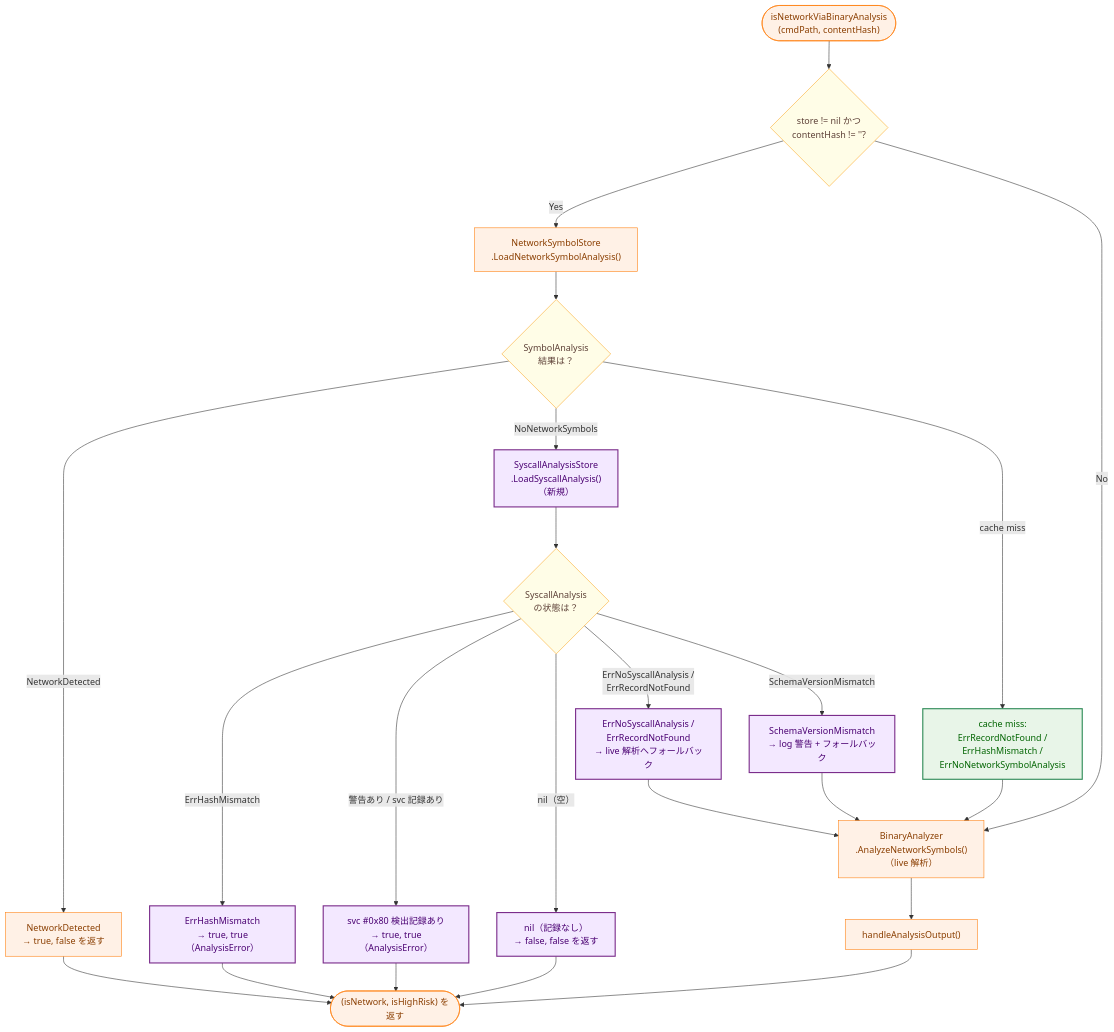
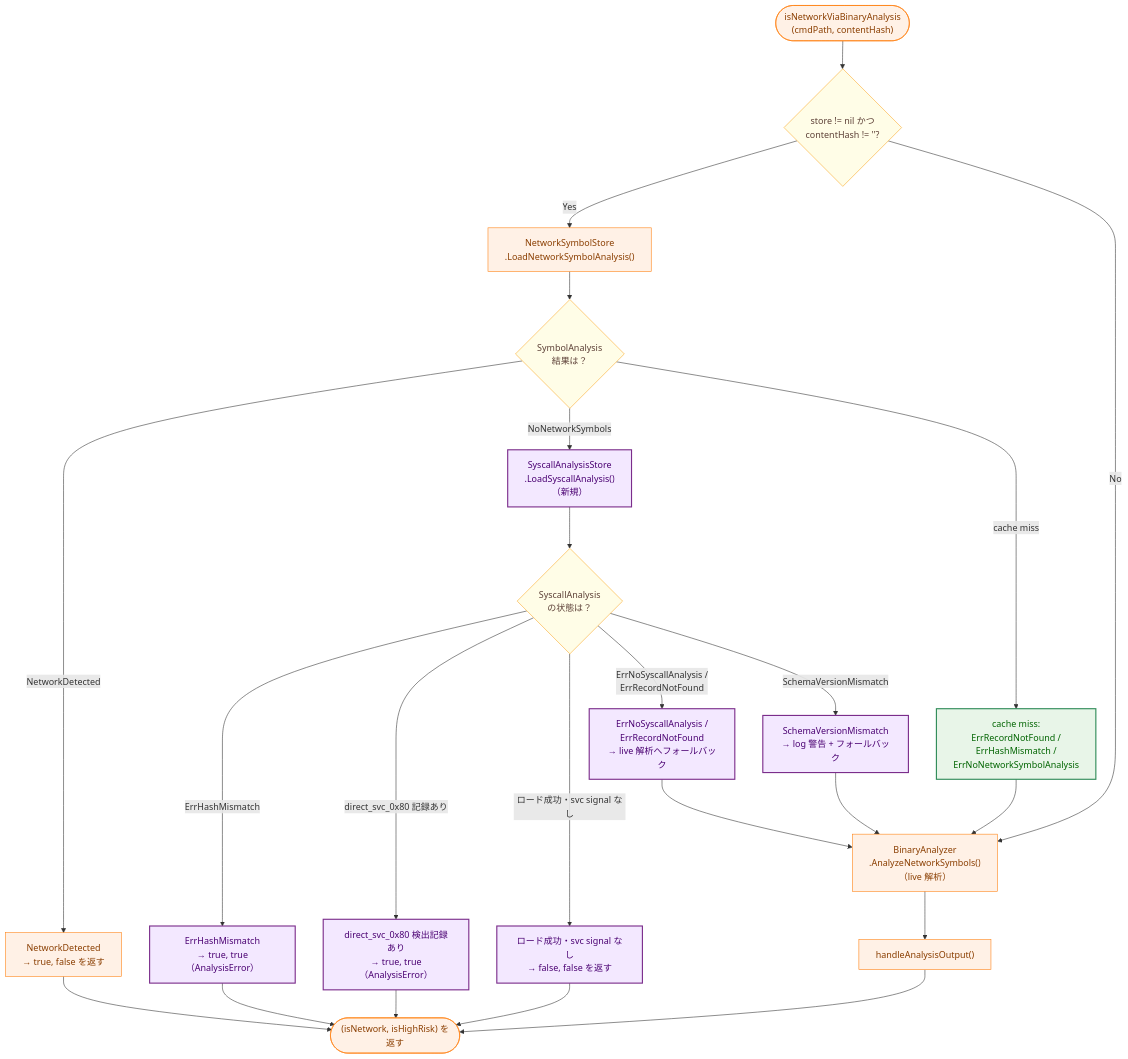
One commit to isseis/go-safe-cmd-runner changed the sixth of 8 diagrams in docs/tasks/0097_macho_arm64_syscall_analysis/02_architecture.md. Above: the diagram before and after it, drawn with Mermaid. The commit also changed other lines of this file and 2 other files, not shown here.

First line of the commit message:
docs(0097): Expand Step 4 to cover full SyscallAnalysisStore injection chain

````diff
--- a/docs/tasks/0097_macho_arm64_syscall_analysis/02_architecture.md
+++ b/docs/tasks/0097_macho_arm64_syscall_analysis/02_architecture.md
@@ -291,55 +291,55 @@
 ```mermaid
 flowchart TD
     classDef data fill:#e6f7ff,stroke:#1f77b4,stroke-width:1px,color:#0b3d91;
     classDef process fill:#fff1e6,stroke:#ff7f0e,stroke-width:1px,color:#8a3e00;
     classDef enhanced fill:#e8f5e8,stroke:#2e8b57,stroke-width:2px,color:#006400;
     classDef new fill:#f3e8ff,stroke:#7b2d8b,stroke-width:2px,color:#4a0072;
     classDef decision fill:#fffde7,stroke:#f9a825,stroke-width:1px,color:#5d4037;
 
     START(["isNetworkViaBinaryAnalysis<br/>(cmdPath, contentHash)"])
     CHECK_STORE{"store != nil かつ<br>contentHash != ''?"}
     LOAD_SYM["NetworkSymbolStore<br>.LoadNetworkSymbolAnalysis()"]
     CHECK_SYM{"SymbolAnalysis<br>結果は？"}
     SYM_NET["NetworkDetected<br>→ true, false を返す"]
     LOAD_SVC["SyscallAnalysisStore<br>.LoadSyscallAnalysis()<br>（新規）"]
     CHECK_SVC_RESULT{"SyscallAnalysis<br>の状態は？"}
     SVC_HASH_ERR["ErrHashMismatch<br>→ true, true（AnalysisError）"]
-    SVC_HIT["svc #0x80 検出記録あり<br>→ true, true（AnalysisError）"]
-    SVC_NIL["nil（記録なし）<br>→ false, false を返す"]
+    SVC_HIT["direct_svc_0x80 検出記録あり<br>→ true, true（AnalysisError）"]
+    SVC_SAFE["ロード成功・svc signal なし<br>→ false, false を返す"]
     SVC_ERR["ErrNoSyscallAnalysis /<br>ErrRecordNotFound<br>→ live 解析へフォールバック"]
     SVC_SCHEMA["SchemaVersionMismatch<br>→ log 警告 + フォールバック"]
     SYM_FALLBACK["cache miss:<br>ErrRecordNotFound /<br>ErrHashMismatch /<br>ErrNoNetworkSymbolAnalysis"]
     FALLBACK["BinaryAnalyzer<br>.AnalyzeNetworkSymbols()<br>（live 解析）"]
     HANDLE["handleAnalysisOutput()"]
     RETURN(["(isNetwork, isHighRisk) を返す"])
 
     START --> CHECK_STORE
     CHECK_STORE -->|"Yes"| LOAD_SYM
     CHECK_STORE -->|"No"| FALLBACK
     LOAD_SYM --> CHECK_SYM
     CHECK_SYM -->|"NetworkDetected"| SYM_NET
     CHECK_SYM -->|"NoNetworkSymbols"| LOAD_SVC
     CHECK_SYM -->|"cache miss"| SYM_FALLBACK
     LOAD_SVC --> CHECK_SVC_RESULT
     CHECK_SVC_RESULT -->|"ErrHashMismatch"| SVC_HASH_ERR
-    CHECK_SVC_RESULT -->|"警告あり / svc 記録あり"| SVC_HIT
-    CHECK_SVC_RESULT -->|"nil（空）"| SVC_NIL
+    CHECK_SVC_RESULT -->|"direct_svc_0x80 記録あり"| SVC_HIT
+    CHECK_SVC_RESULT -->|"ロード成功・svc signal なし"| SVC_SAFE
     CHECK_SVC_RESULT -->|"ErrNoSyscallAnalysis /<br>ErrRecordNotFound"| SVC_ERR
     CHECK_SVC_RESULT -->|"SchemaVersionMismatch"| SVC_SCHEMA
     SYM_FALLBACK --> FALLBACK
     SVC_ERR --> FALLBACK
     SVC_SCHEMA --> FALLBACK
     FALLBACK --> HANDLE
     HANDLE --> RETURN
     SYM_NET --> RETURN
     SVC_HASH_ERR --> RETURN
     SVC_HIT --> RETURN
-    SVC_NIL --> RETURN
+    SVC_SAFE --> RETURN
 
     class START,RETURN process;
     class LOAD_SYM,HANDLE,FALLBACK,SYM_NET process;
     class CHECK_STORE,CHECK_SYM,CHECK_SVC_RESULT decision;
     class LOAD_SVC new;
-    class SVC_HIT,SVC_HASH_ERR,SVC_NIL,SVC_ERR,SVC_SCHEMA new;
+    class SVC_HIT,SVC_HASH_ERR,SVC_SAFE,SVC_ERR,SVC_SCHEMA new;
     class SYM_FALLBACK enhanced;
 ```
````
